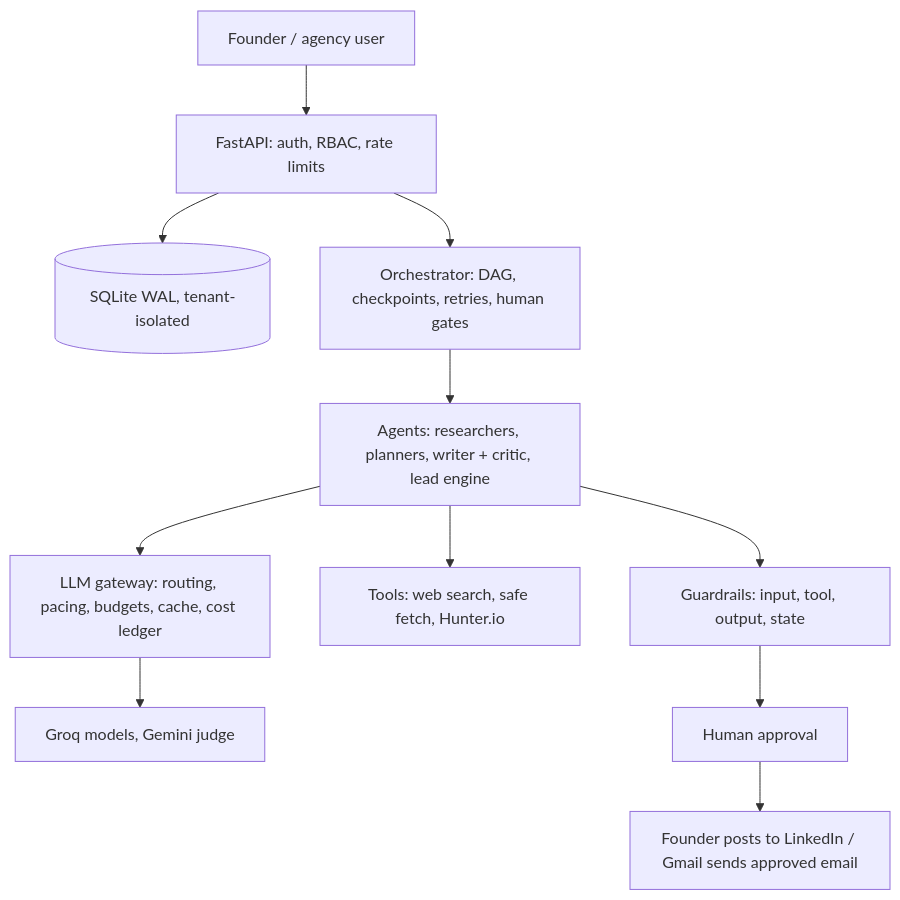
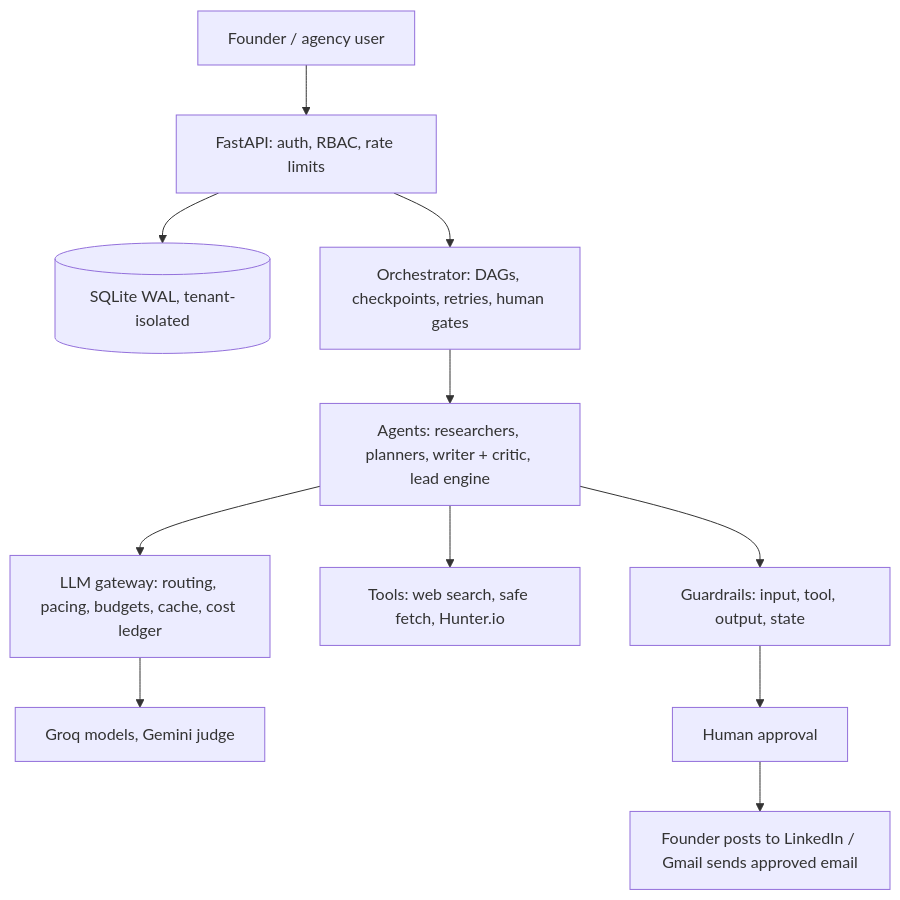
Before and after one commit to lokeshsuryawanshi/growthOS: the diagram in docs/REVIEWER_GUIDE.md, drawn with Mermaid. The commit also changed other lines of this file, not shown here.

````diff
--- a/docs/REVIEWER_GUIDE.md
+++ b/docs/REVIEWER_GUIDE.md
@@ -25,13 +26,13 @@
 ```mermaid
 flowchart TB
   U[Founder / agency user] --> W[FastAPI: auth, RBAC, rate limits]
   W --> DB[(SQLite WAL, tenant-isolated)]
-  W --> O[Orchestrator: DAG, checkpoints, retries, human gates]
+  W --> O[Orchestrator: DAGs, checkpoints, retries, human gates]
   O --> A[Agents: researchers, planners, writer + critic, lead engine]
   A --> G[LLM gateway: routing, pacing, budgets, cache, cost ledger]
   G --> M[Groq models, Gemini judge]
   A --> T[Tools: web search, safe fetch, Hunter.io]
   A --> R[Guardrails: input, tool, output, state]
   R --> H[Human approval]
   H --> X[Founder posts to LinkedIn / Gmail sends approved email]
 ```
````
